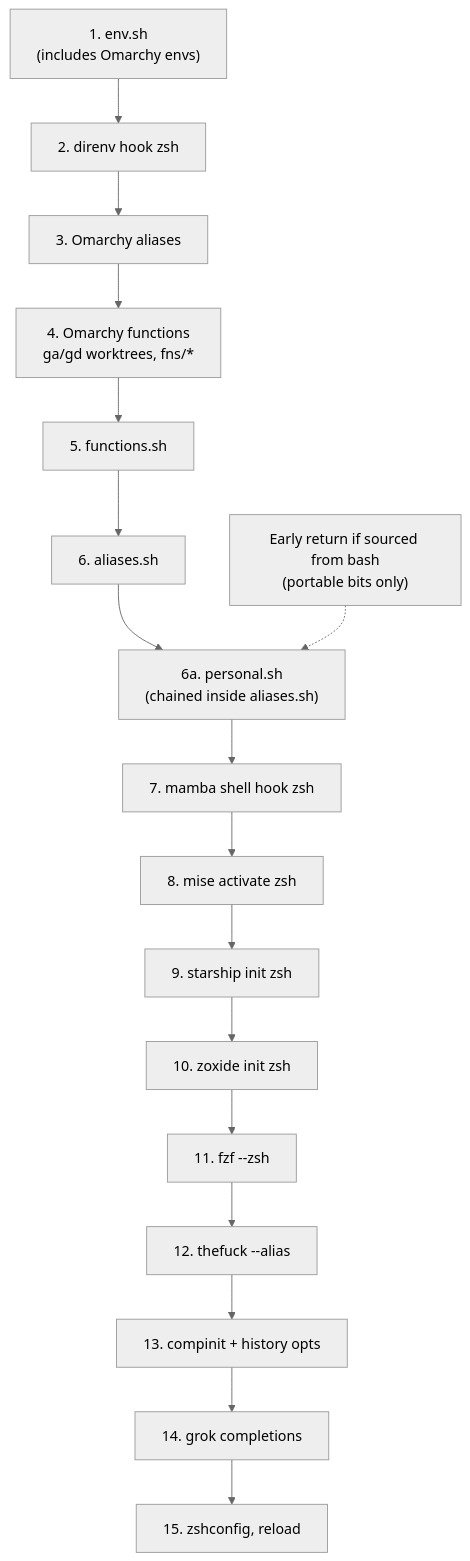
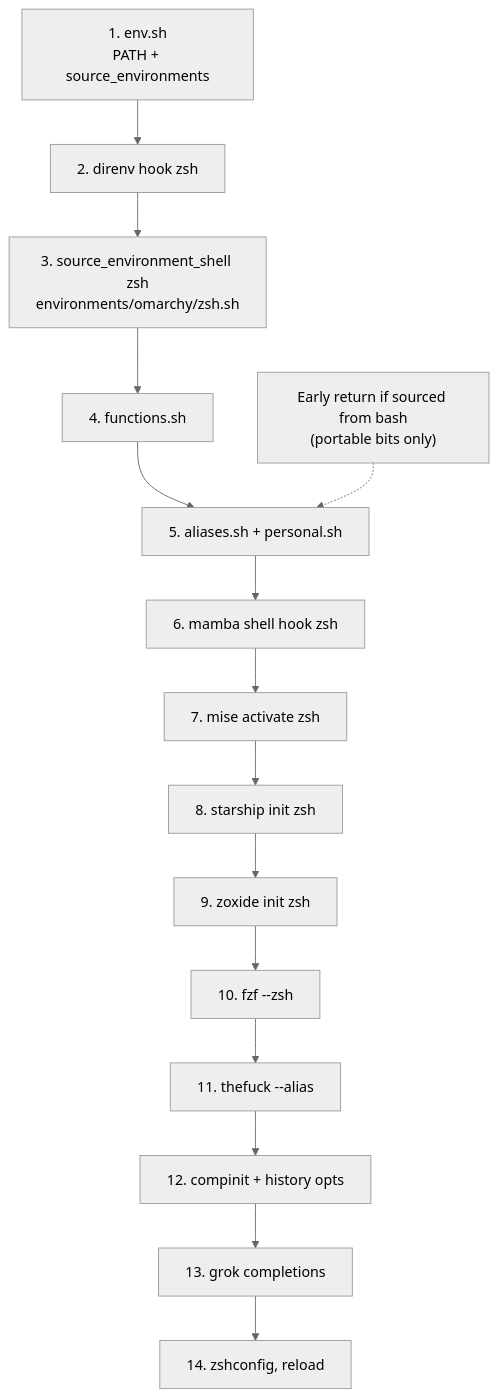
One commit to p10ns11y/shellyxz.sh changed the sixth of 11 diagrams in shell.md. Above: the diagram before and after it, drawn with Mermaid (neutral theme). The commit also changed other lines of this file and 48 other files, not shown here.

First line of the commit message:
Modular shell config with environment presets.

````diff
--- a/shell.md
+++ b/shell.md
@@ -319,19 +314,17 @@
 ```mermaid
 flowchart TD
-    A["1. env.sh<br/>(includes Omarchy envs)"] --> B["2. direnv hook zsh"]
-    B --> C["3. Omarchy aliases"]
-    C --> D["4. Omarchy functions<br/>ga/gd worktrees, fns/*"]
-    D --> E["5. functions.sh"]
-    E --> F["6. aliases.sh"]
-    F --> G["6a. personal.sh<br/>(chained inside aliases.sh)"]
-    G --> H["7. mamba shell hook zsh"]
-    H --> H2["8. mise activate zsh"]
-    H2 --> I["9. starship init zsh"]
-    I --> J["10. zoxide init zsh"]
-    J --> K["11. fzf --zsh"]
-    K --> L["12. thefuck --alias"]
-    L --> M["13. compinit + history opts"]
-    M --> N["14. grok completions"]
-    N --> O["15. zshconfig, reload"]
-    P["Early return if sourced from bash<br/>(portable bits only)"] -.-> G
+    A["1. env.sh<br/>PATH + source_environments"] --> B["2. direnv hook zsh"]
+    B --> C["3. source_environment_shell zsh<br/>environments/omarchy/zsh.sh"]
+    C --> D["4. functions.sh"]
+    D --> E["5. aliases.sh + personal.sh"]
+    E --> F["6. mamba shell hook zsh"]
+    F --> G["7. mise activate zsh"]
+    G --> H["8. starship init zsh"]
+    H --> I["9. zoxide init zsh"]
+    I --> J["10. fzf --zsh"]
+    J --> K["11. thefuck --alias"]
+    K --> L["12. compinit + history opts"]
+    L --> M["13. grok completions"]
+    M --> N["14. zshconfig, reload"]
+    P["Early return if sourced from bash<br/>(portable bits only)"] -.-> E
 ```
````
